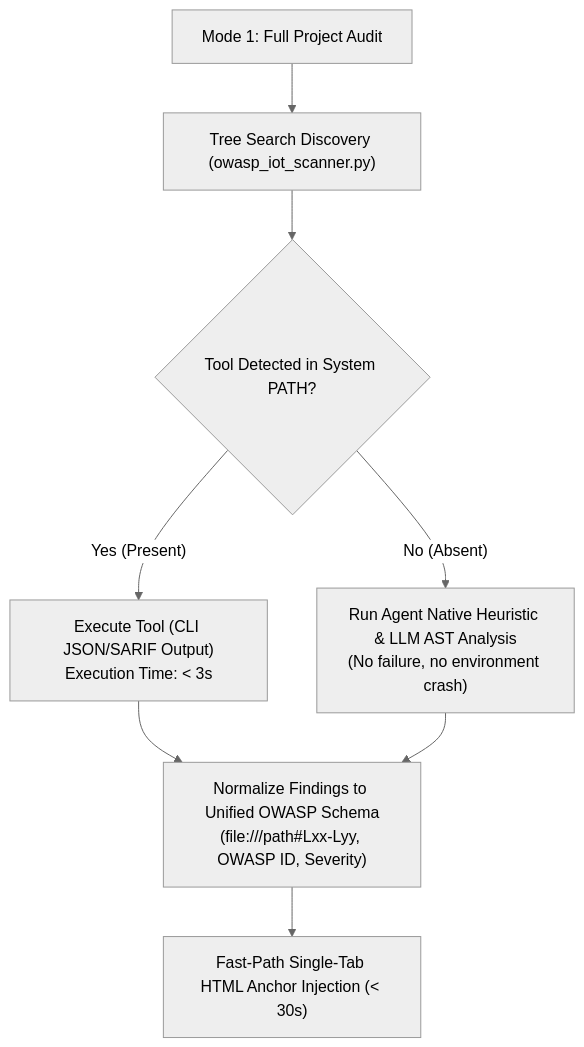
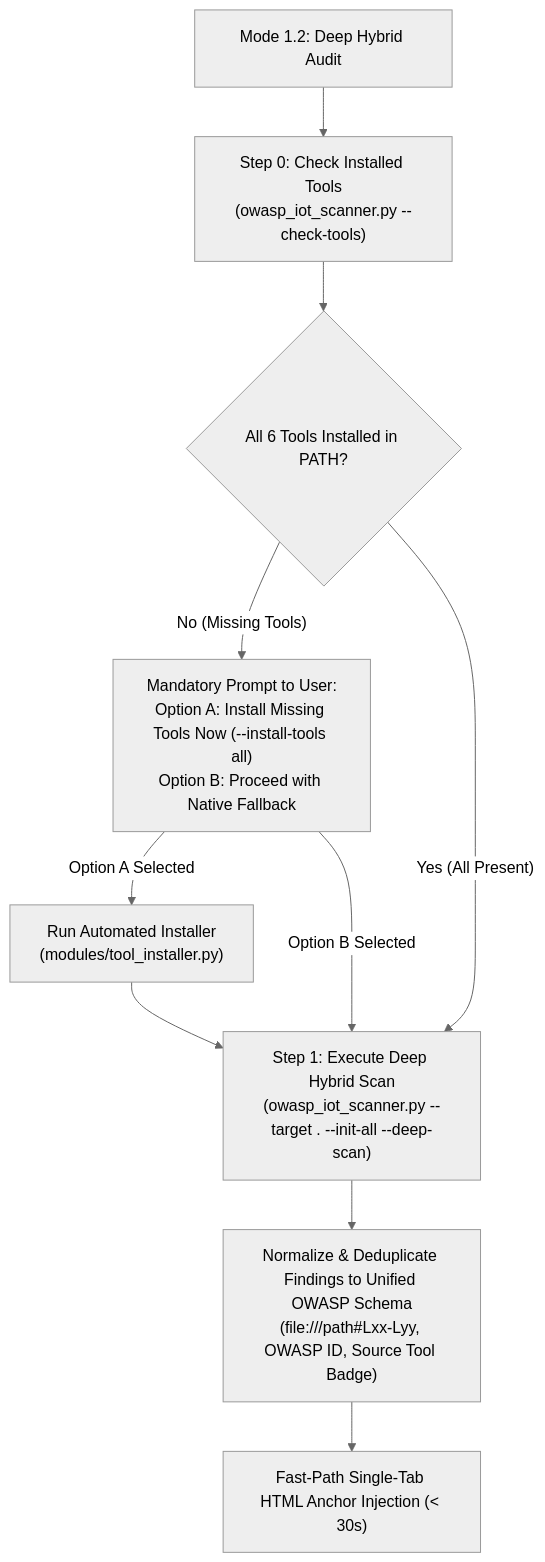
Before and after one commit to BrunoReiff/embed-sec-auditor: the diagram in .agents/skills/owasp-iot-auditor/references/static_analysis_tools.md, drawn with Mermaid (neutral theme). The commit also changed other lines of this file and 12 other files, not shown here.

Commit message:
feat(mode-1.2): add modular CLI router, deep SAST suite orchestrator, interactive tool installer, and CLI quick reference

````diff
--- a/.agents/skills/owasp-iot-auditor/references/static_analysis_tools.md
+++ b/.agents/skills/owasp-iot-auditor/references/static_analysis_tools.md
@@ -14,12 +14,14 @@
 ```mermaid
 flowchart TD
-    Mode1["Mode 1: Full Project Audit"] --> Discovery["Tree Search Discovery (owasp_iot_scanner.py)"]
-    Discovery --> CheckTool{"Tool Detected in System PATH?"}
+    Mode1_2["Mode 1.2: Deep Hybrid Audit"] --> PreFlight["Step 0: Check Installed Tools<br>(owasp_iot_scanner.py --check-tools)"]
+    PreFlight --> CheckTool{"All 6 Tools Installed in PATH?"}
     
-    CheckTool -- "Yes (Present)" --> RunTool["Execute Tool (CLI JSON/SARIF Output)<br>Execution Time: < 3s"]
-    CheckTool -- "No (Absent)" --> NativeScan["Run Agent Native Heuristic & LLM AST Analysis<br>(No failure, no environment crash)"]
+    CheckTool -- "No (Missing Tools)" --> AskUser["Mandatory Prompt to User:<br>Option A: Install Missing Tools Now (--install-tools all)<br>Option B: Proceed with Native Fallback"]
+    AskUser -- "Option A Selected" --> Install["Run Automated Installer<br>(modules/tool_installer.py)"]
+    Install --> RunDeep["Step 1: Execute Deep Hybrid Scan<br>(owasp_iot_scanner.py --target . --init-all --deep-scan)"]
+    AskUser -- "Option B Selected" --> RunDeep
+    CheckTool -- "Yes (All Present)" --> RunDeep
     
-    RunTool --> Normalize["Normalize Findings to Unified OWASP Schema<br>(file:///path#Lxx-Lyy, OWASP ID, Severity)"]
-    NativeScan --> Normalize
+    RunDeep --> Normalize["Normalize & Deduplicate Findings to Unified OWASP Schema<br>(file:///path#Lxx-Lyy, OWASP ID, Source Tool Badge)"]
     Normalize --> HTMLInject["Fast-Path Single-Tab HTML Anchor Injection (< 30s)"]
 ```
````
